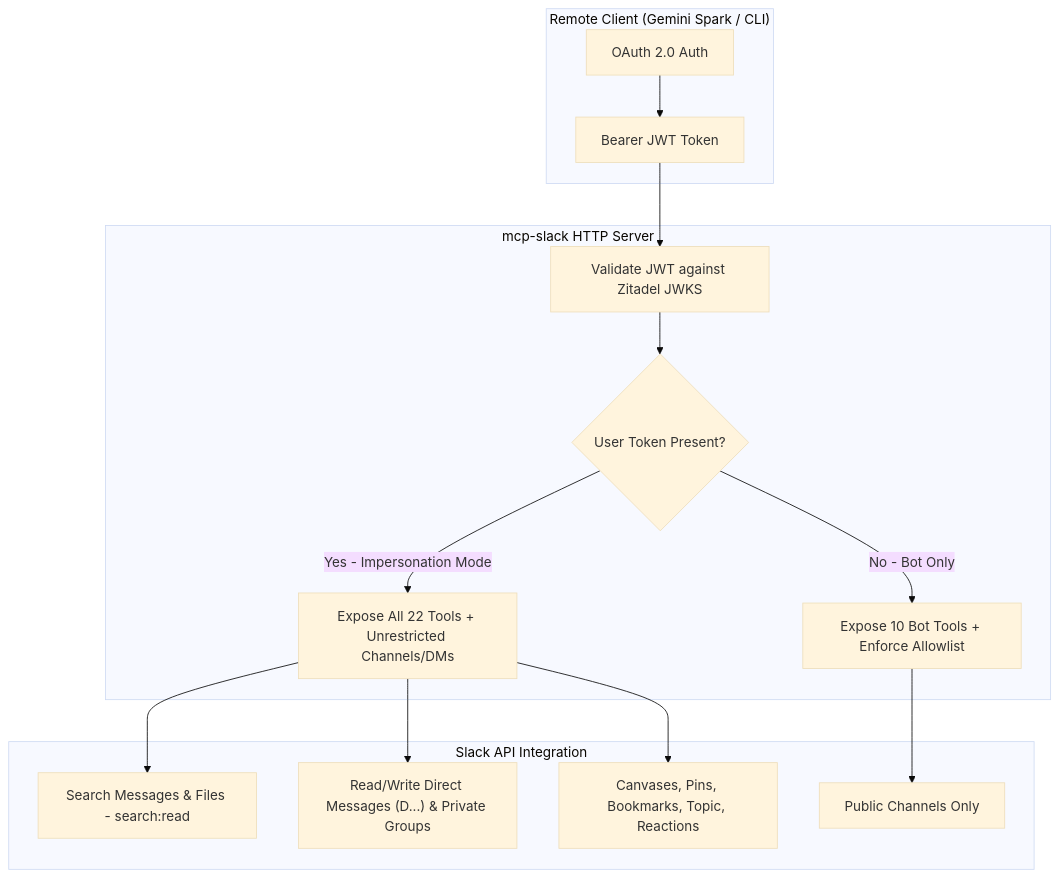
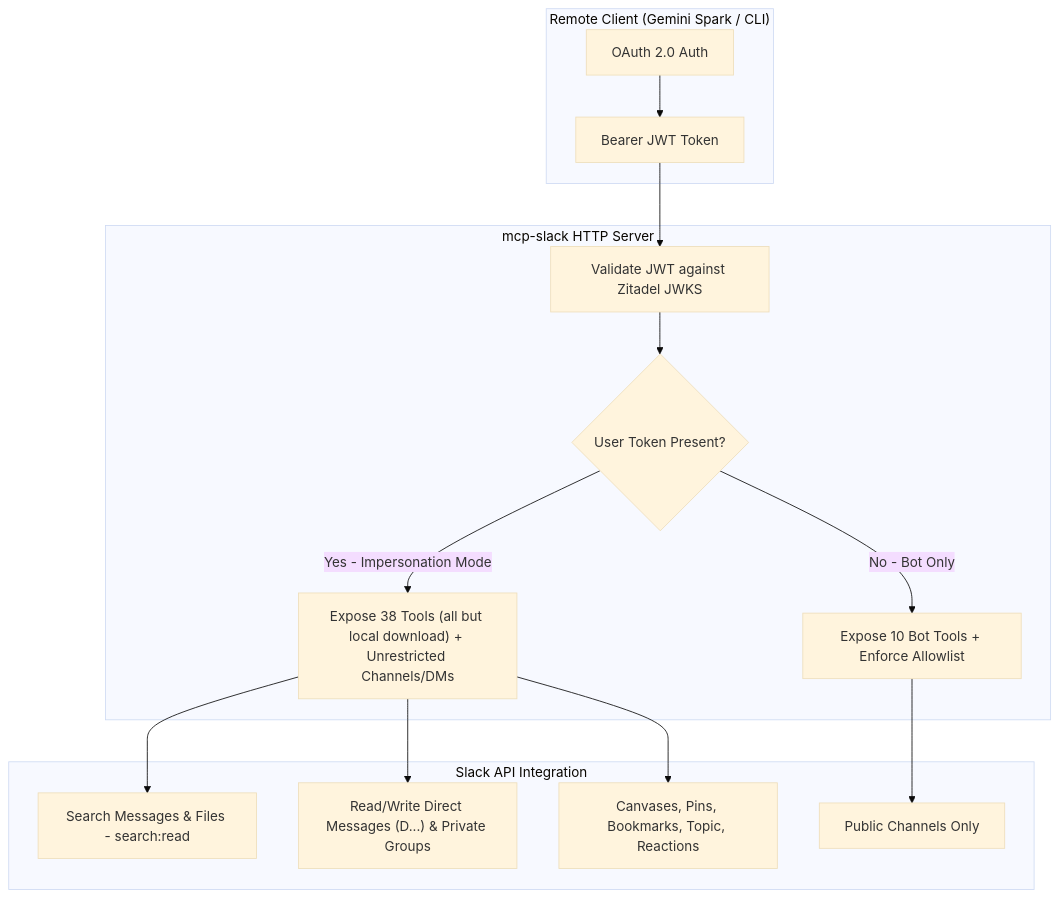
Before and after one commit to VitruvianSoftware/vitruvian-core: the first of 3 diagrams in apps/mcp/slack/README.md, drawn with Mermaid (base theme). The commit also changed other lines of this file and 15 other files, not shown here.

````diff
--- a/apps/mcp/slack/README.md
+++ b/apps/mcp/slack/README.md
@@ -17,20 +18,20 @@
 ```mermaid
 flowchart TD
     subgraph Client["Remote Client (Gemini Spark / CLI)"]
         A["OAuth 2.0 Auth"] --> B["Bearer JWT Token"]
     end
 
     subgraph Service["mcp-slack HTTP Server"]
         B --> C["Validate JWT against Zitadel JWKS"]
         C --> D{"User Token Present?"}
-        D -->|Yes - Impersonation Mode| E["Expose All 22 Tools + Unrestricted Channels/DMs"]
+        D -->|Yes - Impersonation Mode| E["Expose 38 Tools (all but local download) + Unrestricted Channels/DMs"]
         D -->|No - Bot Only| F["Expose 10 Bot Tools + Enforce Allowlist"]
     end
 
     subgraph Slack["Slack API Integration"]
         E --> G["Search Messages & Files - search:read"]
         E --> H["Read/Write Direct Messages (D...) & Private Groups"]
         E --> I["Canvases, Pins, Bookmarks, Topic, Reactions"]
         F --> J["Public Channels Only"]
     end
 ```
````
